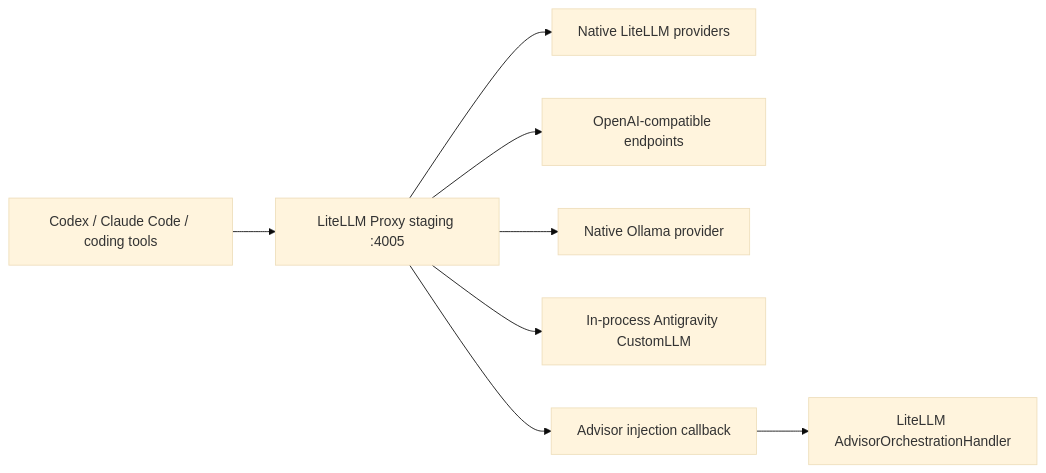
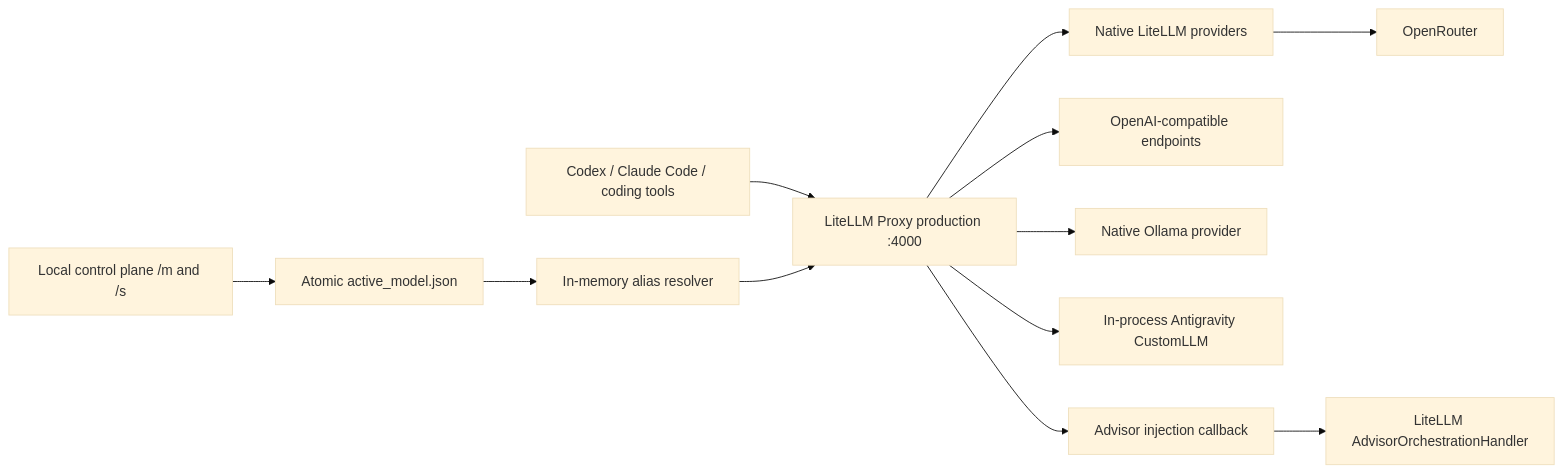
The diagram in docs/architecture.md (stancsz/subroute), drawn with Mermaid (base theme) before and after one commit. The commit also changed other lines of this file and 15 other files, not shown here.

Commit message:
feat: add OpenAI Codex subscription models (Terra, Astra, Luna) and Claude Code support

````diff
--- a/docs/architecture.md
+++ b/docs/architecture.md
@@ -3,10 +3,14 @@
 ```mermaid
 flowchart LR
-    Clients[Codex / Claude Code / coding tools] --> Proxy[LiteLLM Proxy staging :4005]
+    Clients[Codex / Claude Code / coding tools] --> Proxy[LiteLLM Proxy production :4000]
     Proxy --> Native[Native LiteLLM providers]
+    Native --> OpenRouter[OpenRouter]
     Proxy --> Compatible[OpenAI-compatible endpoints]
     Proxy --> Ollama[Native Ollama provider]
     Proxy --> Antigravity[In-process Antigravity CustomLLM]
     Proxy --> Advisor[Advisor injection callback]
+    Control[Local control plane /m and /s] --> State[Atomic active_model.json]
+    State --> Router[In-memory alias resolver]
+    Router --> Proxy
     Advisor --> BuiltIn[LiteLLM AdvisorOrchestrationHandler]
 ```
````
